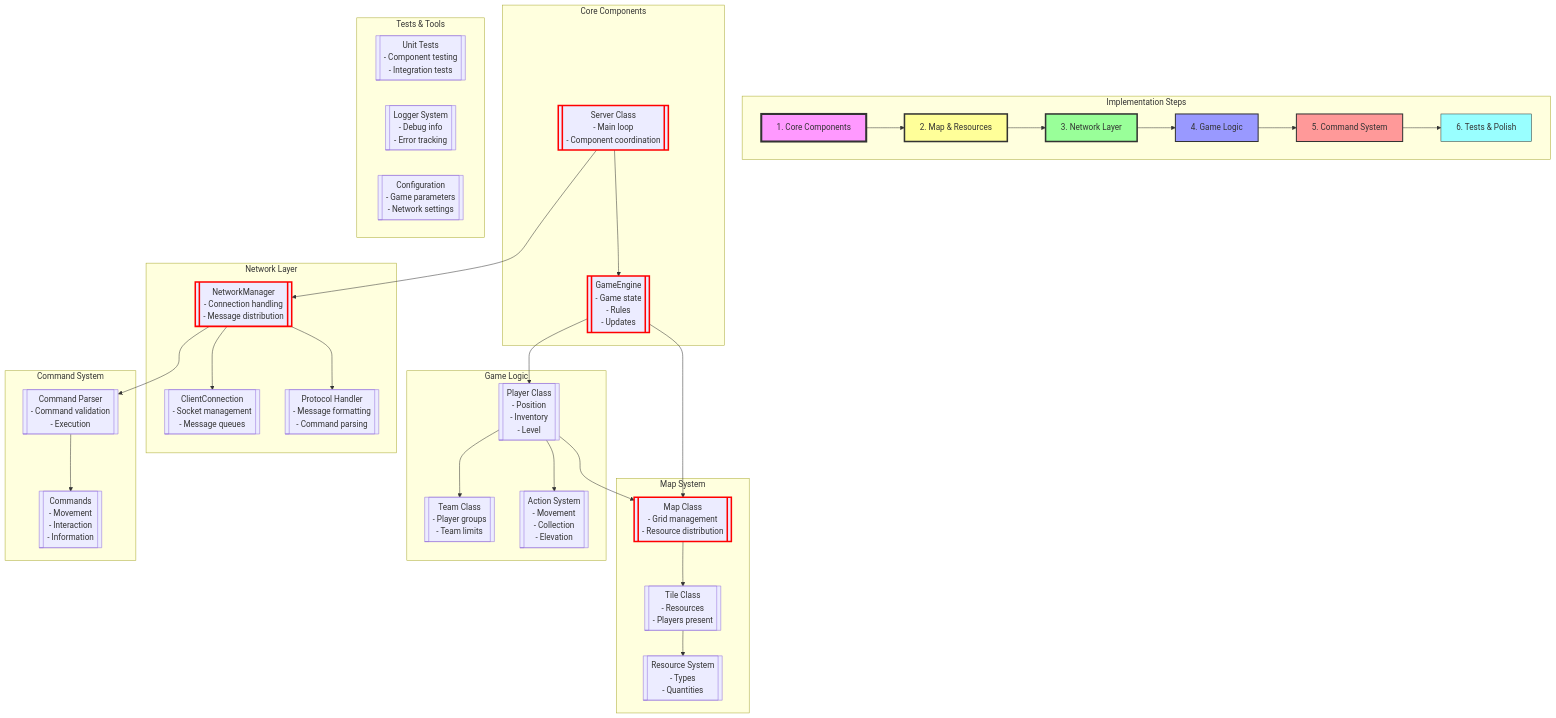
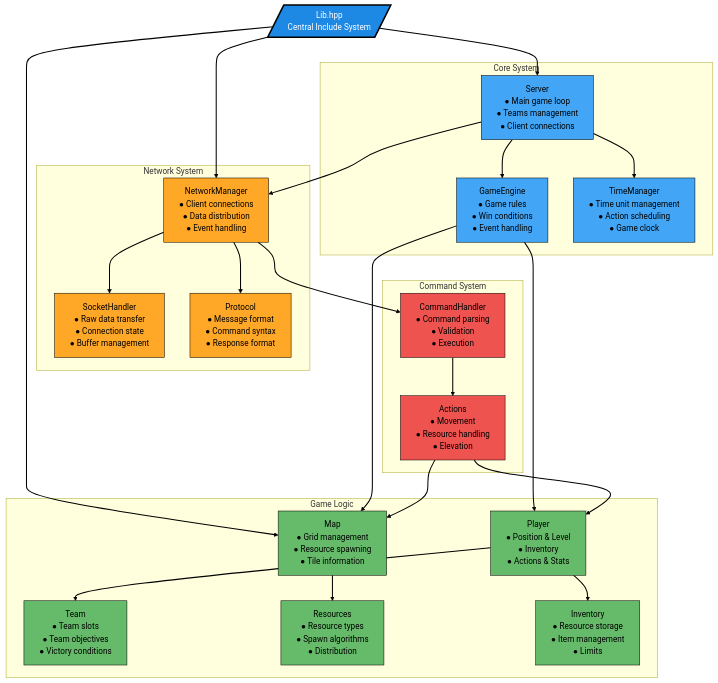
Before and after one commit to fZpHr/zappy_42: the diagram in README.md, drawn with Mermaid.

Commit message:
Architecture

````diff
--- a/README.md
+++ b/README.md
@@ -39,73 +39,77 @@
 ```mermaid
 graph TD
-    subgraph "Implementation Steps"
-        E1["1. Core Components"] --> E2["2. Map & Resources"]
-        E2 --> E3["3. Network Layer"]
-        E3 --> E4["4. Game Logic"]
-        E4 --> E5["5. Command System"]
-        E5 --> E6["6. Tests & Polish"]
+    %% Main Lib
+    Lib[/"Lib.hpp<br>Central Include System"/]
+    
+    %% Core Layer
+    subgraph CORE ["Core System"]
+        Server["Server<br>● Main game loop<br>● Teams management<br>● Client connections"]
+        GameEngine["GameEngine<br>● Game rules<br>● Win conditions<br>● Event handling"]
+        TimeManager["TimeManager<br>● Time unit management<br>● Action scheduling<br>● Game clock"]
     end
 
-    subgraph "Core Components"
-        Server[["Server Class<br>- Main loop<br>- Component coordination"]]
-        GameEngine[["GameEngine<br>- Game state<br>- Rules<br>- Updates"]]
-        Server --> GameEngine
+    %% Game Layer
+    subgraph GAME ["Game Logic"]
+        Map["Map<br>● Grid management<br>● Resource spawning<br>● Tile information"]
+        Player["Player<br>● Position & Level<br>● Inventory<br>● Actions & Stats"]
+        Team["Team<br>● Team slots<br>● Team objectives<br>● Victory conditions"]
+        Resources["Resources<br>● Resource types<br>● Spawn algorithms<br>● Distribution"]
+        Inventory["Inventory<br>● Resource storage<br>● Item management<br>● Limits"]
     end
 
-    subgraph "Map System"
-        Map[["Map Class<br>- Grid management<br>- Resource distribution"]]
-        Tile[["Tile Class<br>- Resources<br>- Players present"]]
-        Resource[["Resource System<br>- Types<br>- Quantities"]]
-        Map --> Tile
-        Tile --> Resource
+    %% Network Layer
+    subgraph NET ["Network System"]
+        Network["NetworkManager<br>● Client connections<br>● Data distribution<br>● Event handling"]
+        Socket["SocketHandler<br>● Raw data transfer<br>● Connection state<br>● Buffer management"]
+        Protocol["Protocol<br>● Message format<br>● Command syntax<br>● Response format"]
     end
 
-    subgraph "Network Layer"
-        NetworkManager[["NetworkManager<br>- Connection handling<br>- Message distribution"]]
-        ClientConnection[["ClientConnection<br>- Socket management<br>- Message queues"]]
-        Protocol[["Protocol Handler<br>- Message formatting<br>- Command parsing"]]
-        NetworkManager --> ClientConnection
-        NetworkManager --> Protocol
+    %% Command Layer
+    subgraph CMD ["Command System"]
+        CmdHandler["CommandHandler<br>● Command parsing<br>● Validation<br>● Execution"]
+        Actions["Actions<br>● Movement<br>● Resource handling<br>● Elevation"]
     end
 
-    subgraph "Game Logic"
-        Player[["Player Class<br>- Position<br>- Inventory<br>- Level"]]
-        Team[["Team Class<br>- Player groups<br>- Team limits"]]
-        Actions[["Action System<br>- Movement<br>- Collection<br>- Elevation"]]
-        Player --> Team
-        Player --> Actions
-    end
-
-    subgraph "Command System"
-        CommandParser[["Command Parser<br>- Command validation<br>- Execution"]]
-        Commands[["Commands<br>- Movement<br>- Interaction<br>- Information"]]
-        CommandParser --> Commands
-    end
-
-    subgraph "Tests & Tools"
-        UnitTests[["Unit Tests<br>- Component testing<br>- Integration tests"]]
-        Logger[["Logger System<br>- Debug info<br>- Error tracking"]]
-        Config[["Configuration<br>- Game parameters<br>- Network settings"]]
-    end
-
-    %% Connections between components
-    Server --> NetworkManager
+    %% Main Dependencies
+    Lib --> Server
+    Lib --> Network
+    Lib --> Map
+    
+    %% Server Relations
+    Server --> GameEngine
+    Server --> Network
+    Server --> TimeManager
+    
+    %% Game Relations
     GameEngine --> Map
     GameEngine --> Player
-    NetworkManager --> CommandParser
-    Player --> Map
+    Map --> Resources
+    Player --> Team
+    Player --> Inventory
+    
+    %% Network Relations
+    Network --> Socket
+    Network --> Protocol
+    Network --> CmdHandler
+    
+    %% Command Relations
+    CmdHandler --> Actions
+    Actions --> Player
+    Actions --> Map
 
-    %% Priority levels
-    style E1 fill:#f9f,stroke:#333,stroke-width:4px
-    style E2 fill:#ff9,stroke:#333,stroke-width:3px
-    style E3 fill:#9f9,stroke:#333,stroke-width:3px
-    style E4 fill:#99f,stroke:#333,stroke-width:2px
-    style E5 fill:#f99,stroke:#333,stroke-width:2px
-    style E6 fill:#9ff,stroke:#333,stroke-width:1px
-
-    %% Critical path highlighting
-    style Server stroke:#f00,stroke-width:3px
-    style GameEngine stroke:#f00,stroke-width:3px
-    style Map stroke:#f00,stroke-width:3px
-    style NetworkManager stroke:#f00,stroke-width:3px
+    %% Styling
+    classDef lib fill:#1E88E5,stroke:#000,color:#fff,stroke-width:3px
+    classDef core fill:#42A5F5,stroke:#000,color:#000
+    classDef game fill:#66BB6A,stroke:#000,color:#000
+    classDef net fill:#FFA726,stroke:#000,color:#000
+    classDef cmd fill:#EF5350,stroke:#000,color:#000
+    
+    class Lib lib
+    class Server,GameEngine,TimeManager core
+    class Map,Player,Team,Resources,Inventory game
+    class Network,Socket,Protocol net
+    class CmdHandler,Actions cmd
+    
+    %% Link styling
+    linkStyle default stroke:#000,stroke-width:2px
 ```
````
